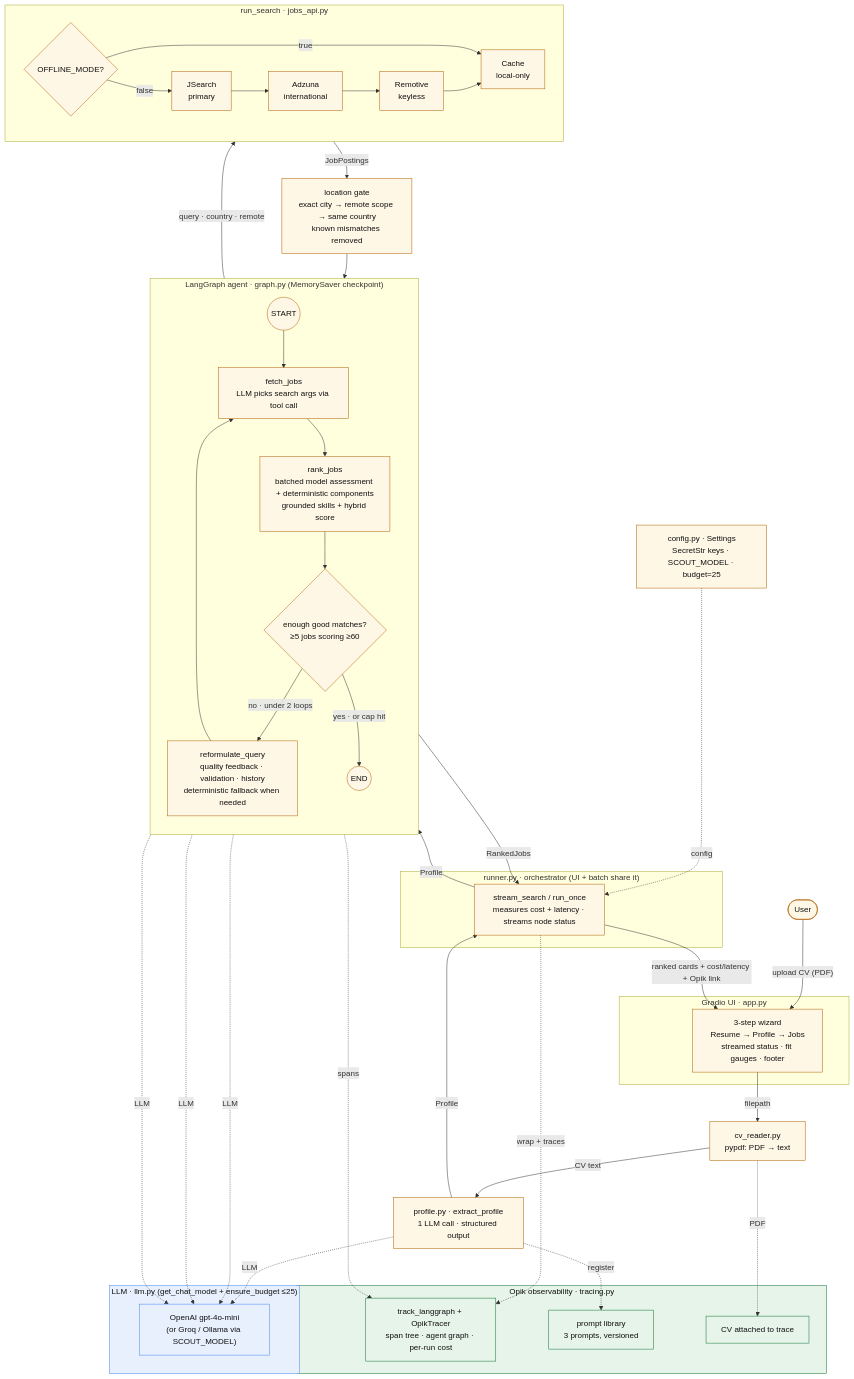
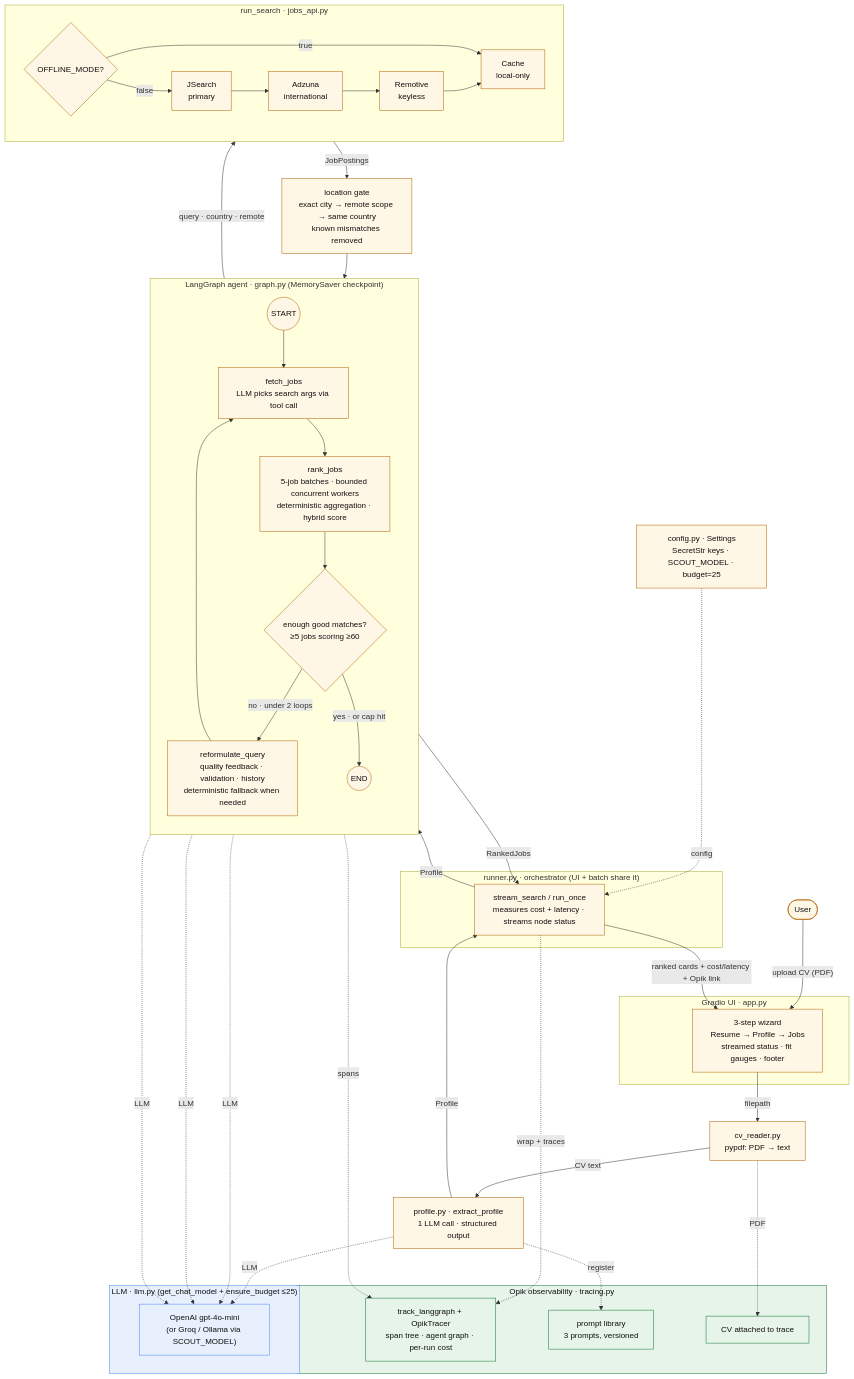
The diagram in docs/architecture.md (exitLQ/the-agent-that-got-me-rejected), drawn with Mermaid before and after one commit. The commit also changed other lines of this file and 11 other files, not shown here.

Commit message:
feat: rank job batches concurrently

````diff
--- a/docs/architecture.md
+++ b/docs/architecture.md
@@ -11,68 +11,68 @@
 ```mermaid
 flowchart TB
   U(["User"]) -->|"upload CV (PDF)"| UI
 
   subgraph UI_L["Gradio UI · app.py"]
     UI["3-step wizard<br/>Resume → Profile → Jobs<br/>streamed status · fit gauges · footer"]
   end
 
   UI -->|"filepath"| CVR["cv_reader.py<br/>pypdf: PDF → text"]
   CVR -->|"CV text"| EP["profile.py · extract_profile<br/>1 LLM call · structured output"]
   EP -->|"Profile"| RUN
 
   subgraph ORCH["runner.py · orchestrator (UI + batch share it)"]
     RUN["stream_search / run_once<br/>measures cost + latency · streams node status"]
   end
 
   RUN -->|"Profile"| G
 
   subgraph G["LangGraph agent · graph.py (MemorySaver checkpoint)"]
     direction TB
     S((START)) --> FJ
     FJ["fetch_jobs<br/>LLM picks search args via tool call"] --> RJ
-    RJ["rank_jobs<br/>batched model assessment + deterministic components<br/>grounded skills + hybrid score"] --> D{"enough good matches?<br/>≥5 jobs scoring ≥60"}
+    RJ["rank_jobs<br/>5-job batches · bounded concurrent workers<br/>deterministic aggregation · hybrid score"] --> D{"enough good matches?<br/>≥5 jobs scoring ≥60"}
     D -->|"no · under 2 loops"| RQ["reformulate_query<br/>quality feedback · validation · history<br/>deterministic fallback when needed"]
     RQ --> FJ
     D -->|"yes · or cap hit"| E((END))
   end
 
   FJ -->|"query · country · remote"| SRCH
   subgraph SRCH["run_search · jobs_api.py"]
     direction LR
     MODE{"OFFLINE_MODE?"} -->|"true"| CA["Cache<br/>local-only"]
     MODE -->|"false"| JS["JSearch<br/>primary"]
     JS --> AZ["Adzuna<br/>international"] --> RM["Remotive<br/>keyless"] --> CA
   end
   SRCH -->|"JobPostings"| LOC["location gate<br/>exact city → remote scope → same country<br/>known mismatches removed"]
   LOC --> RJ
 
   E -->|"RankedJobs"| RUN
   RUN -->|"ranked cards + cost/latency + Opik link"| UI
 
   subgraph LLM_L["LLM · llm.py (get_chat_model + ensure_budget ≤25)"]
     OA["OpenAI gpt-4o-mini<br/>(or Groq / Ollama via SCOUT_MODEL)"]
   end
   EP -. "LLM" .-> OA
   FJ -. "LLM" .-> OA
   RJ -. "LLM" .-> OA
   RQ -. "LLM" .-> OA
 
   subgraph OBS["Opik observability · tracing.py"]
     TR["track_langgraph + OpikTracer<br/>span tree · agent graph · per-run cost"]
     PL["prompt library<br/>3 prompts, versioned"]
     AT["CV attached to trace"]
   end
   RUN -. "wrap + traces" .-> TR
   G -. "spans" .-> TR
   EP -. "register" .-> PL
   CVR -. "PDF" .-> AT
 
   CFG["config.py · Settings<br/>SecretStr keys · SCOUT_MODEL · budget=25"] -. "config" .-> RUN
 
   classDef llm fill:#e8f0fe,stroke:#4285f4,color:#111;
   classDef obs fill:#e6f4ea,stroke:#137333,color:#111;
   classDef node fill:#fff7e6,stroke:#b06000,color:#111;
   class OA,LLM_L llm;
   class TR,PL,AT,OBS obs;
   class FJ,RJ,RQ node;
 ```
````
